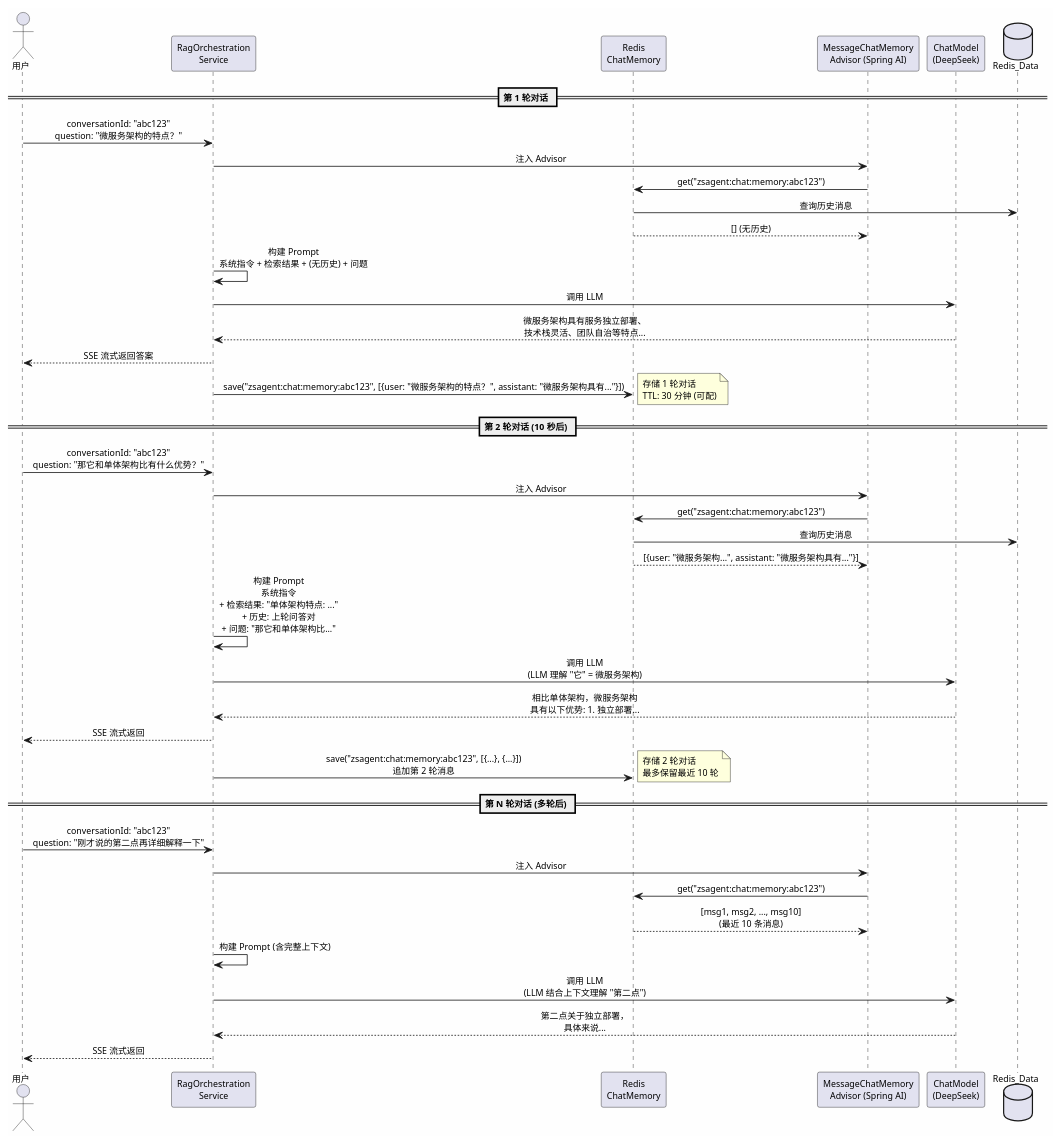
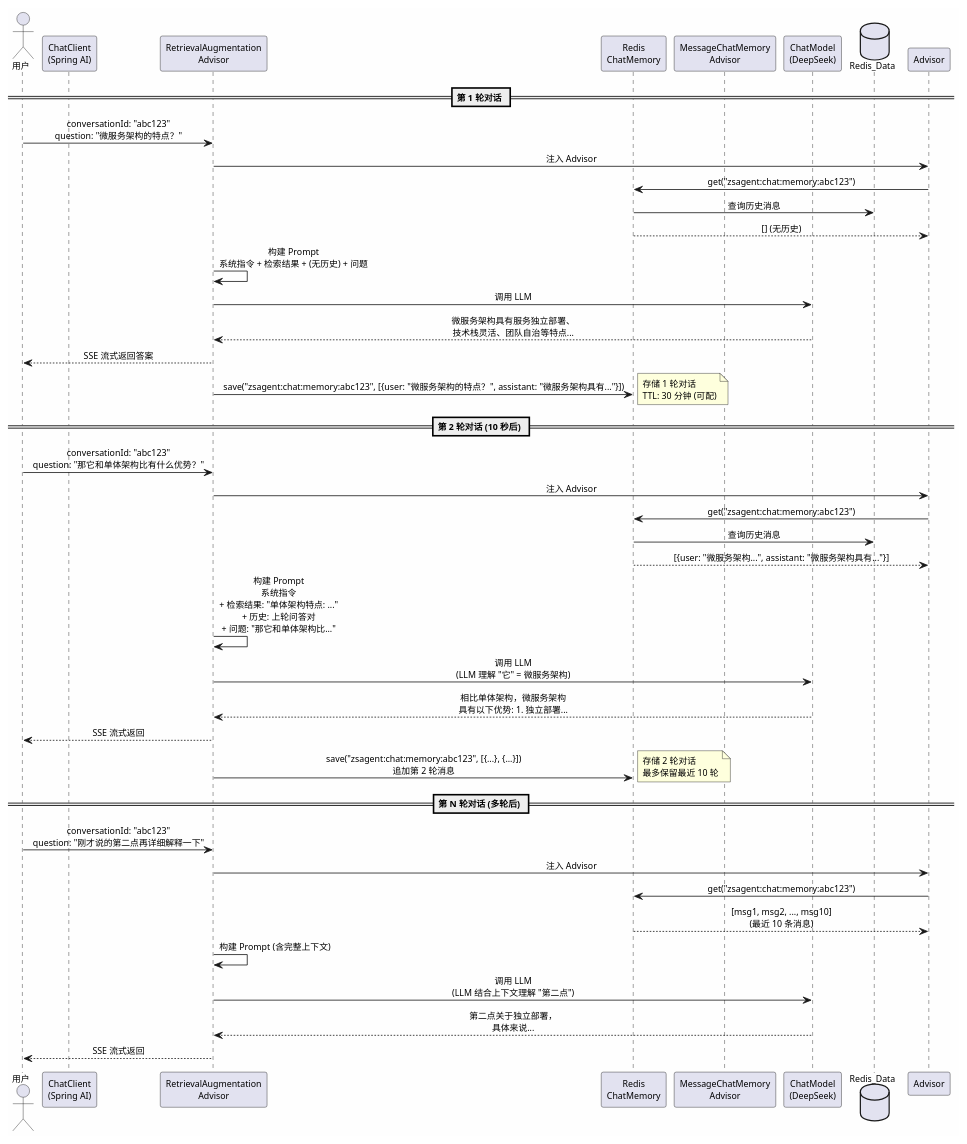
The fifth of 6 diagrams in document/design/智能问答模块详细设计.md (lazycece/zsagent), drawn with PlantUML before and after one commit. The commit also changed other lines of this file, not shown here.

````diff
--- a/document/design/智能问答模块详细设计.md
+++ b/document/design/智能问答模块详细设计.md
@@ -1770,64 +1642,65 @@
 ```plantuml
 @startuml 多轮对话流程
 skinparam backgroundColor #FEFEFE
 skinparam defaultFontSize 11
 skinparam sequenceMessageAlign center
 
 actor 用户 as User
-participant "RagOrchestration\nService" as RAG
+participant "ChatClient\n(Spring AI)" as ChatClient
+participant "RetrievalAugmentation\nAdvisor" as RAG
 participant "Redis\nChatMemory" as Redis
-participant "MessageChatMemory\nAdvisor (Spring AI)" as Advisor
+participant "MessageChatMemory\nAdvisor" as MemAdvisor
 participant "ChatModel\n(DeepSeek)" as LLM
 database Redis_Data
 
 == 第 1 轮对话 ==
 User -> RAG: conversationId: "abc123"\nquestion: "微服务架构的特点？"
 RAG -> Advisor: 注入 Advisor
 Advisor -> Redis: get("zsagent:chat:memory:abc123")
 Redis -> Redis_Data: 查询历史消息
 Redis --> Advisor: [] (无历史)
 
 RAG -> RAG: 构建 Prompt\n系统指令 + 检索结果 + (无历史) + 问题
 RAG -> LLM: 调用 LLM
 LLM --> RAG: 微服务架构具有服务独立部署、\n技术栈灵活、团队自治等特点...
 RAG --> User: SSE 流式返回答案
 
 RAG -> Redis: save("zsagent:chat:memory:abc123", [{user: "微服务架构的特点？", assistant: "微服务架构具有..."}])
 note right
   存储 1 轮对话
   TTL: 30 分钟 (可配)
 end note
 
 == 第 2 轮对话 (10 秒后) ==
 User -> RAG: conversationId: "abc123"\nquestion: "那它和单体架构比有什么优势？"
 RAG -> Advisor: 注入 Advisor
 Advisor -> Redis: get("zsagent:chat:memory:abc123")
 Redis -> Redis_Data: 查询历史消息
 Redis --> Advisor: [{user: "微服务架构...", assistant: "微服务架构具有..."}]
 
 RAG -> RAG: 构建 Prompt\n系统指令\n+ 检索结果: "单体架构特点: ..."\n+ 历史: 上轮问答对\n+ 问题: "那它和单体架构比..."
 
 RAG -> LLM: 调用 LLM\n(LLM 理解 "它" = 微服务架构)
 LLM --> RAG: 相比单体架构，微服务架构\n具有以下优势: 1. 独立部署...
 RAG --> User: SSE 流式返回
 
 RAG -> Redis: save("zsagent:chat:memory:abc123", [{...}, {...}])\n追加第 2 轮消息
 note right
   存储 2 轮对话
   最多保留最近 10 轮
 end note
 
 == 第 N 轮对话 (多轮后) ==
 User -> RAG: conversationId: "abc123"\nquestion: "刚才说的第二点再详细解释一下"
 RAG -> Advisor: 注入 Advisor
 Advisor -> Redis: get("zsagent:chat:memory:abc123")
 Redis --> Advisor: [msg1, msg2, ..., msg10]\n(最近 10 条消息)
 
 RAG -> RAG: 构建 Prompt (含完整上下文)
 RAG -> LLM: 调用 LLM\n(LLM 结合上下文理解 "第二点")
 LLM --> RAG: 第二点关于独立部署，\n具体来说...
 
 RAG --> User: SSE 流式返回
 
 @enduml
 ```
````
